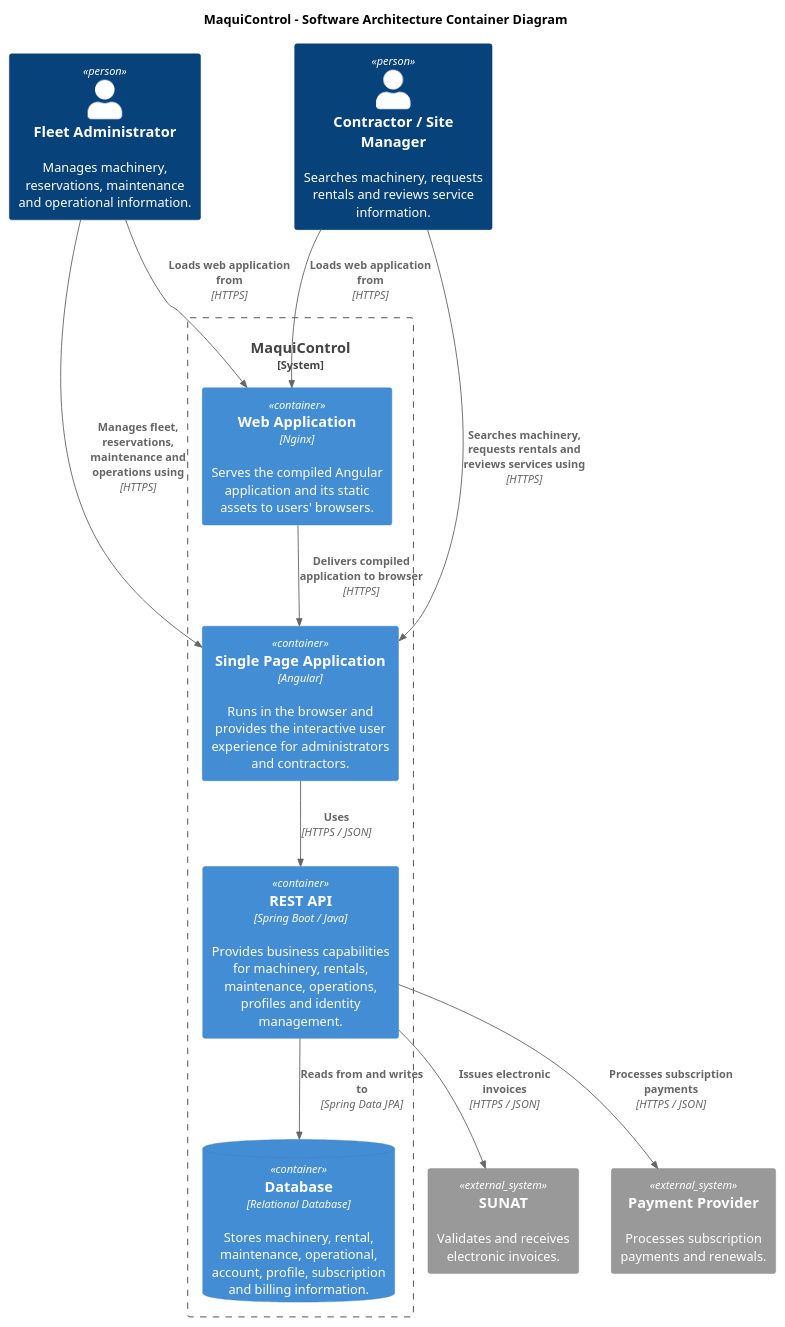
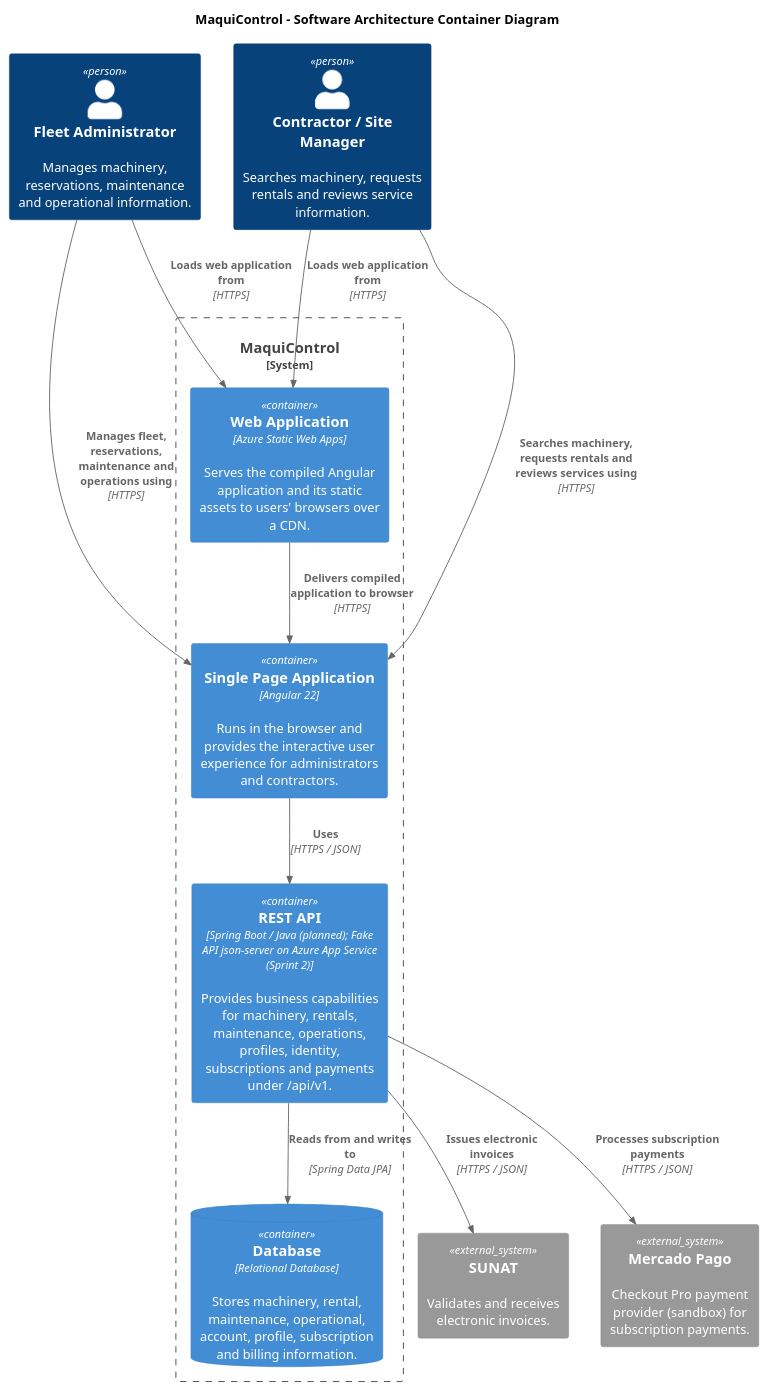
The diagram in docs/architecture/container.puml (AndesHeavyTech/MaquiControl), drawn with PlantUML before and after one commit. The commit also changed 36 other files, not shown here.

Commit message:
docs(report): add sprint 2, update deployment configuration and align diagrams with code

```diff
--- a/docs/architecture/container.puml
+++ b/docs/architecture/container.puml
@@ -1,39 +1,39 @@
 @startuml
 !include <C4/C4_Container>
 
 title MaquiControl - Software Architecture Container Diagram
 
 Person(admin, "Fleet Administrator", "Manages machinery, reservations, maintenance and operational information.")
 Person(contractor, "Contractor / Site Manager", "Searches machinery, requests rentals and reviews service information.")
 
 System_Boundary(maquicontrol, "MaquiControl") {
 
-    Container(webServer, "Web Application", "Nginx", "Serves the compiled Angular application and its static assets to users' browsers.")
+    Container(webServer, "Web Application", "Azure Static Web Apps", "Serves the compiled Angular application and its static assets to users' browsers over a CDN.")
 
-    Container(spa, "Single Page Application", "Angular", "Runs in the browser and provides the interactive user experience for administrators and contractors.")
+    Container(spa, "Single Page Application", "Angular 22", "Runs in the browser and provides the interactive user experience for administrators and contractors.")
 
-    Container(api, "REST API", "Spring Boot / Java", "Provides business capabilities for machinery, rentals, maintenance, operations, profiles and identity management.")
+    Container(api, "REST API", "Spring Boot / Java (planned); Fake API json-server on Azure App Service (Sprint 2)", "Provides business capabilities for machinery, rentals, maintenance, operations, profiles, identity, subscriptions and payments under /api/v1.")
 
     ContainerDb(database, "Database", "Relational Database", "Stores machinery, rental, maintenance, operational, account, profile, subscription and billing information.")
 }
 
 System_Ext(sunat, "SUNAT", "Validates and receives electronic invoices.")
-System_Ext(paymentProvider, "Payment Provider", "Processes subscription payments and renewals.")
+System_Ext(paymentProvider, "Mercado Pago", "Checkout Pro payment provider (sandbox) for subscription payments.")
 
 Rel(admin, webServer, "Loads web application from", "HTTPS")
 Rel(contractor, webServer, "Loads web application from", "HTTPS")
 
 Rel(webServer, spa, "Delivers compiled application to browser", "HTTPS")
 
 Rel(admin, spa, "Manages fleet, reservations, maintenance and operations using", "HTTPS")
 Rel(contractor, spa, "Searches machinery, requests rentals and reviews services using", "HTTPS")
 
 Rel(spa, api, "Uses", "HTTPS / JSON")
 
 Rel(api, database, "Reads from and writes to", "Spring Data JPA")
 
 Rel(api, sunat, "Issues electronic invoices", "HTTPS / JSON")
 
 Rel(api, paymentProvider, "Processes subscription payments", "HTTPS / JSON")
 
 @enduml
```
